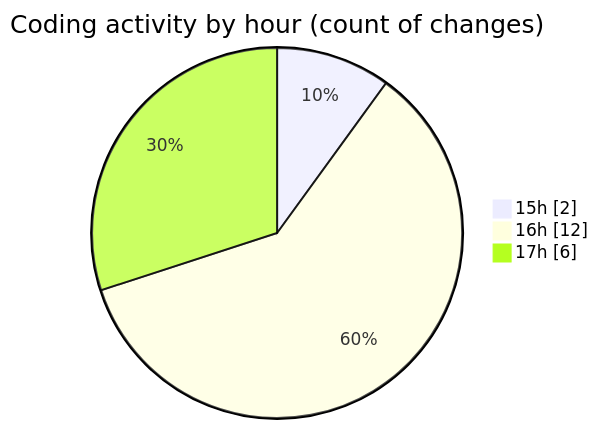
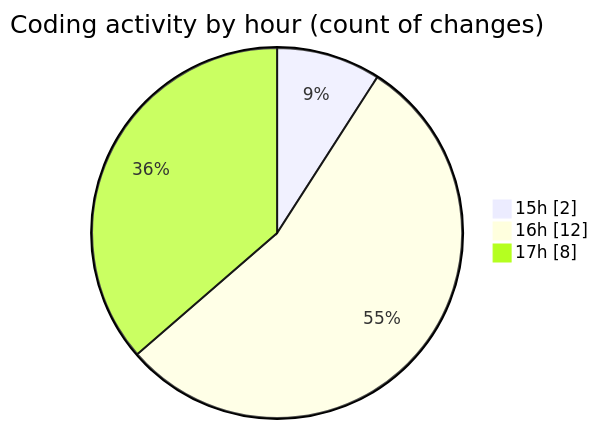
The second of 2 diagrams in 2025-10-19/weather_insights_app/README.md (donsfak/code-tracking), drawn with Mermaid before and after one commit. The commit also changed other lines of this file and 1 other file, not shown here.

````diff
--- a/2025-10-19/weather_insights_app/README.md
+++ b/2025-10-19/weather_insights_app/README.md
@@ -40,7 +41,7 @@
 ```mermaid
 pie showData
 title Coding activity by hour (count of changes)
 "15h" : 2
 "16h" : 12
-"17h" : 6
+"17h" : 8
 ```
````
